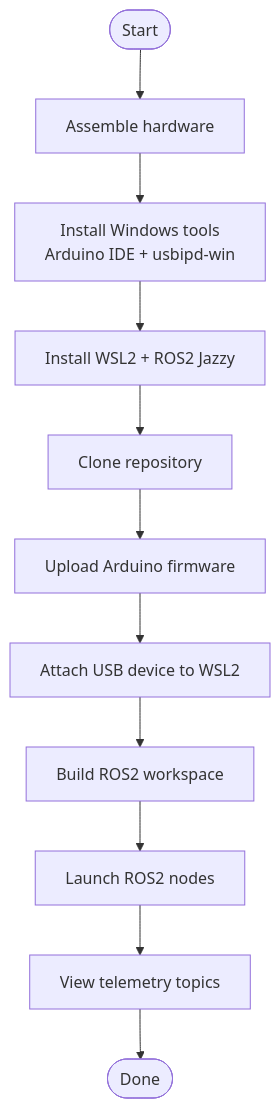
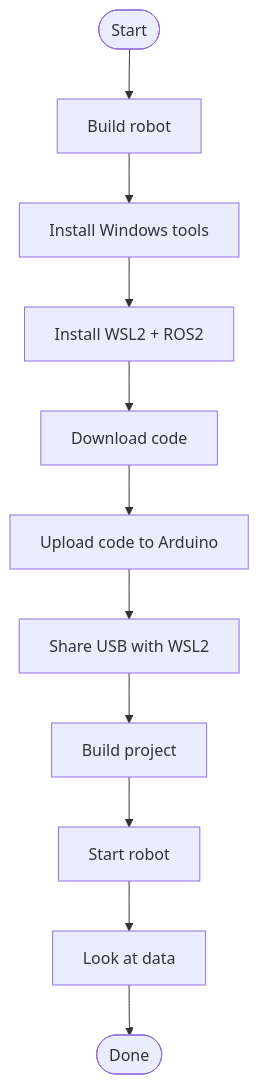
Before and after one commit to Vishalnar26/linebot: the fourth of 4 diagrams in README.md, drawn with Mermaid. The commit also changed other lines of this file, not shown here.

Commit message:
Included further steps and processes in README.mdafter getting nodes to communicate successfully over the serial bridge, as well as info on how to use the recorded data. Reworded entire README.md to be easily readible for anyone (#6)

````diff
--- a/README.md
+++ b/README.md
@@ -170,13 +172,13 @@
 ```mermaid
 flowchart TD
-    Start([Start]) --> HW[Assemble hardware]
-    HW --> Win[Install Windows tools<br/>Arduino IDE + usbipd-win]
-    Win --> WSL[Install WSL2 + ROS2 Jazzy]
-    WSL --> Clone[Clone repository]
-    Clone --> FW[Upload Arduino firmware]
-    FW --> USB[Attach USB device to WSL2]
-    USB --> Build[Build ROS2 workspace]
-    Build --> Launch[Launch ROS2 nodes]
-    Launch --> View[View telemetry topics]
+    Start([Start]) --> HW[Build robot]
+    HW --> Win[Install Windows tools]
+    Win --> WSL[Install WSL2 + ROS2]
+    WSL --> Clone[Download code]
+    Clone --> FW[Upload code to Arduino]
+    FW --> USB[Share USB with WSL2]
+    USB --> Build[Build project]
+    Build --> Launch[Start robot]
+    Launch --> View[Look at data]
     View --> Done([Done])
 ```
````
